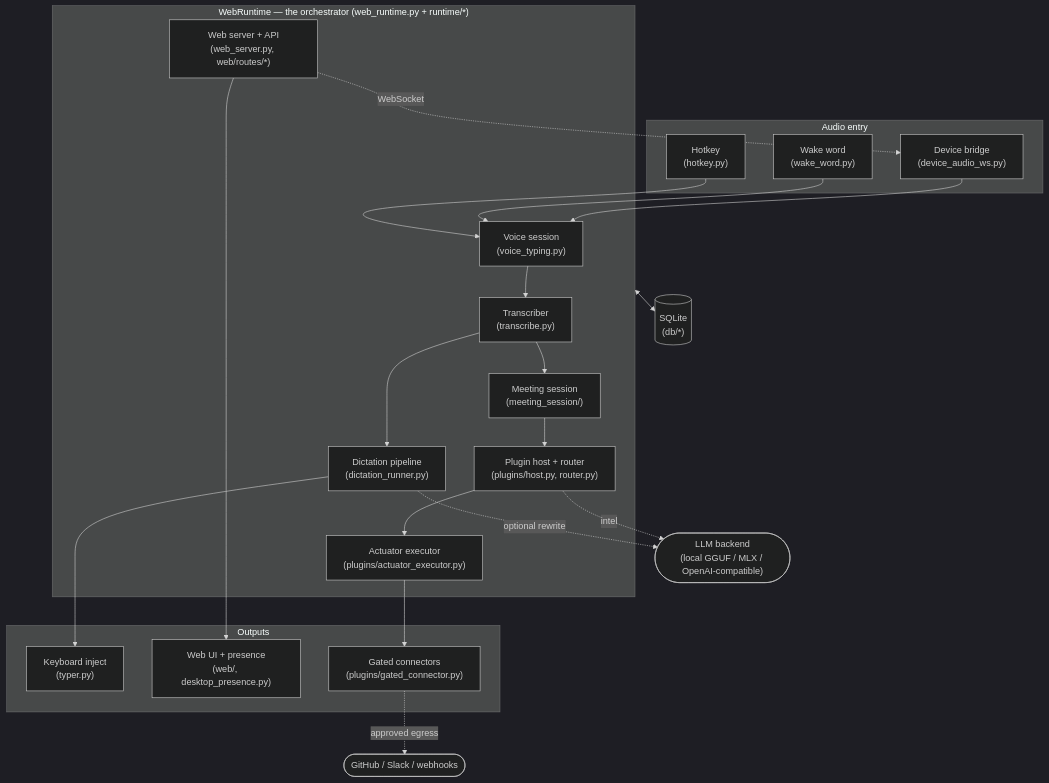
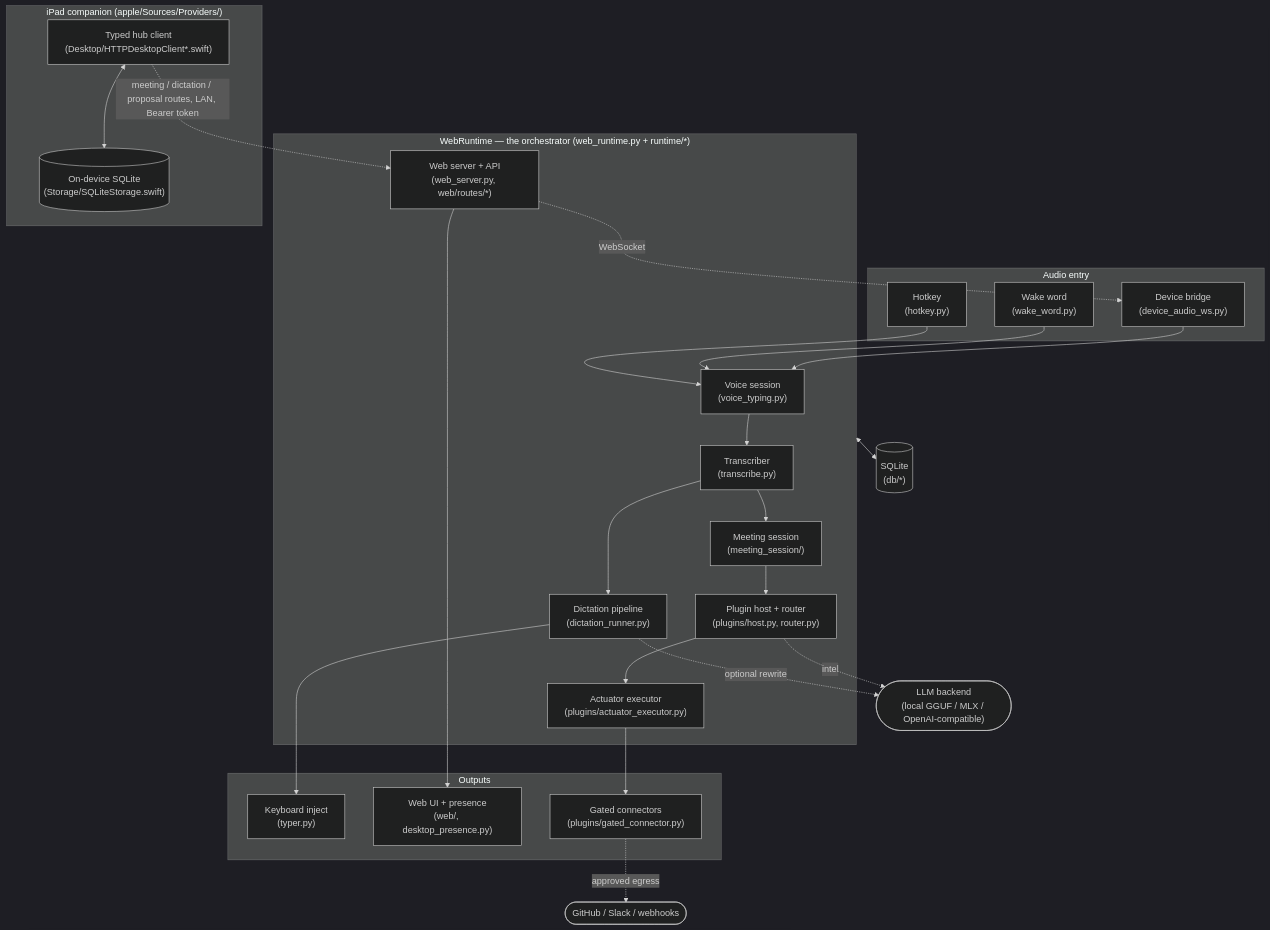
The first of 7 diagrams in docs/ARCHITECTURE.md (karolswdev/HoldSpeak), drawn with Mermaid (dark theme) before and after one commit. The commit also changed other lines of this file, not shown here.

First line of the commit message:
Docs: ARCHITECTURE maps the iPad as a typed client of the hub

````diff
--- a/docs/ARCHITECTURE.md
+++ b/docs/ARCHITECTURE.md
@@ -39,44 +47,51 @@
 ```mermaid
 flowchart TB
   subgraph entry["Audio entry"]
     HK["Hotkey<br/>(hotkey.py)"]
     WW["Wake word<br/>(wake_word.py)"]
     DEV["Device bridge<br/>(device_audio_ws.py)"]
   end
 
   subgraph runtime["WebRuntime — the orchestrator (web_runtime.py + runtime/*)"]
     VS["Voice session<br/>(voice_typing.py)"]
     TR["Transcriber<br/>(transcribe.py)"]
     DR["Dictation pipeline<br/>(dictation_runner.py)"]
     MS["Meeting session<br/>(meeting_session/)"]
     PH["Plugin host + router<br/>(plugins/host.py, router.py)"]
     AX["Actuator executor<br/>(plugins/actuator_executor.py)"]
     SRV["Web server + API<br/>(web_server.py, web/routes/*)"]
   end
 
   subgraph out["Outputs"]
     TY["Keyboard inject<br/>(typer.py)"]
     UI["Web UI + presence<br/>(web/, desktop_presence.py)"]
     CN["Gated connectors<br/>(plugins/gated_connector.py)"]
   end
 
+  subgraph ipad["iPad companion (apple/Sources/Providers/)"]
+    HC["Typed hub client<br/>(Desktop/HTTPDesktopClient*.swift)"]
+    LS[("On-device SQLite<br/>(Storage/SQLiteStorage.swift)")]
+  end
+
   DB[("SQLite<br/>(db/*)")]
   LLM(["LLM backend<br/>(local GGUF / MLX / OpenAI-compatible)"])
 
   HK --> VS
   WW --> VS
   DEV --> VS
   VS --> TR
   TR --> DR
   TR --> MS
   DR --> TY
   DR -. "optional rewrite" .-> LLM
   MS --> PH
   PH -. "intel" .-> LLM
   PH --> AX
   AX --> CN
   CN -. "approved egress" .-> EXT(["GitHub / Slack / webhooks"])
   SRV --> UI
   runtime <--> DB
   SRV -. "WebSocket" .-> DEV
+  HC -. "meeting / dictation / proposal routes, LAN, Bearer token" .-> SRV
+  HC <--> LS
 ```
````
